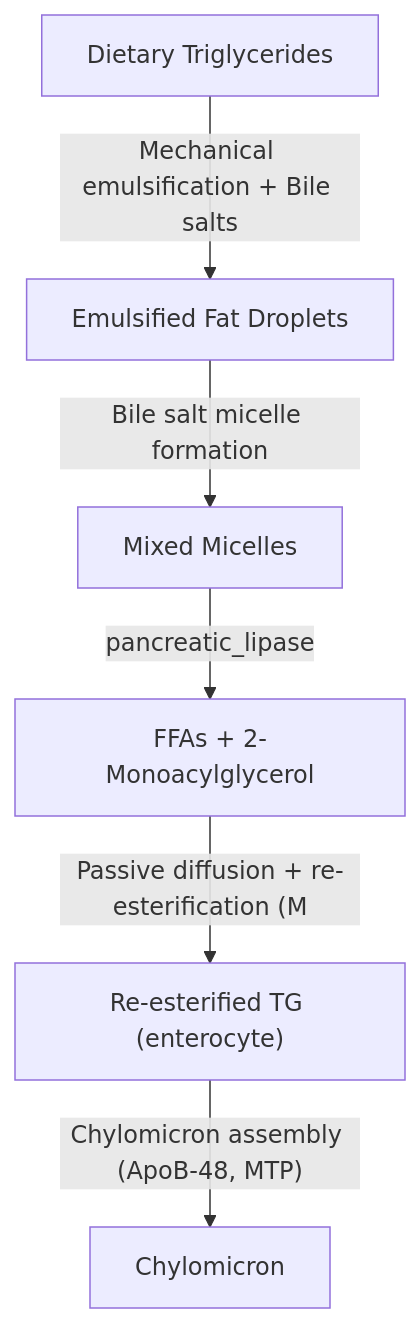
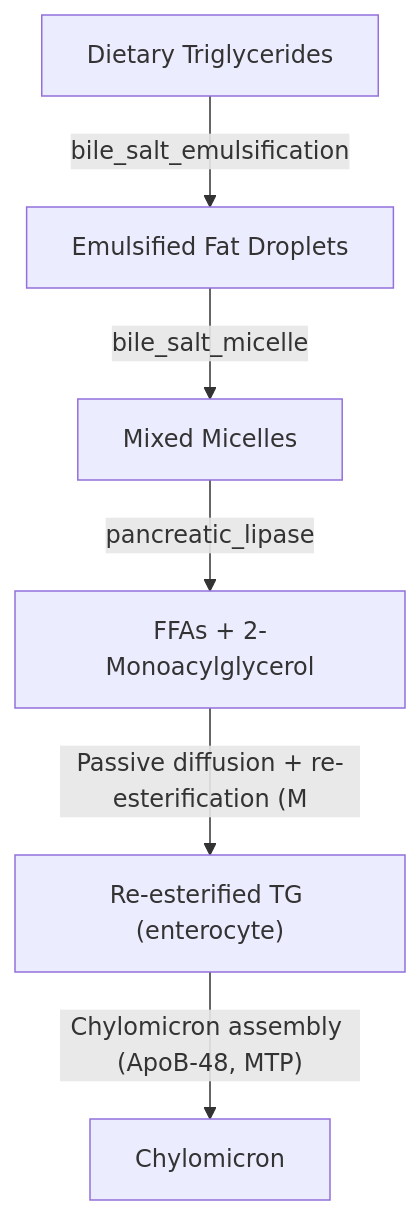
The diagram in src/biology_as_code/pathways/packs/lipid_digestion_absorption/pathway.mermaid (murffious/biology_as_code), drawn with Mermaid before and after one commit. The commit also changed 25 other files, not shown here.

Commit message:
feat: implement gut incretin network pathway with registry graph, mermaid visualization, and activity regulation logic

```diff
--- a/src/biology_as_code/pathways/packs/lipid_digestion_absorption/pathway.mermaid
+++ b/src/biology_as_code/pathways/packs/lipid_digestion_absorption/pathway.mermaid
@@ -1,14 +1,14 @@
 flowchart TD
   %% Auto-generated from registry pathway: lipid_digestion_absorption
   %% Do not hand-edit; re-run scripts/export_pathway_packs.py
   dietary_tg["Dietary Triglycerides"]
   emulsion["Emulsified Fat Droplets"]
   micelles["Mixed Micelles"]
   ffas_mg["FFAs + 2-Monoacylglycerol"]
   tg_enterocyte["Re-esterified TG (enterocyte)"]
   chylomicron["Chylomicron"]
-  dietary_tg -->|"Mechanical emulsification + Bile salts"| emulsion
-  emulsion -->|"Bile salt micelle formation"| micelles
+  dietary_tg -->|"bile_salt_emulsification"| emulsion
+  emulsion -->|"bile_salt_micelle"| micelles
   micelles -->|"pancreatic_lipase"| ffas_mg
   ffas_mg -->|"Passive diffusion + re-esterification (M"| tg_enterocyte
   tg_enterocyte -->|"Chylomicron assembly (ApoB-48, MTP)"| chylomicron
```
